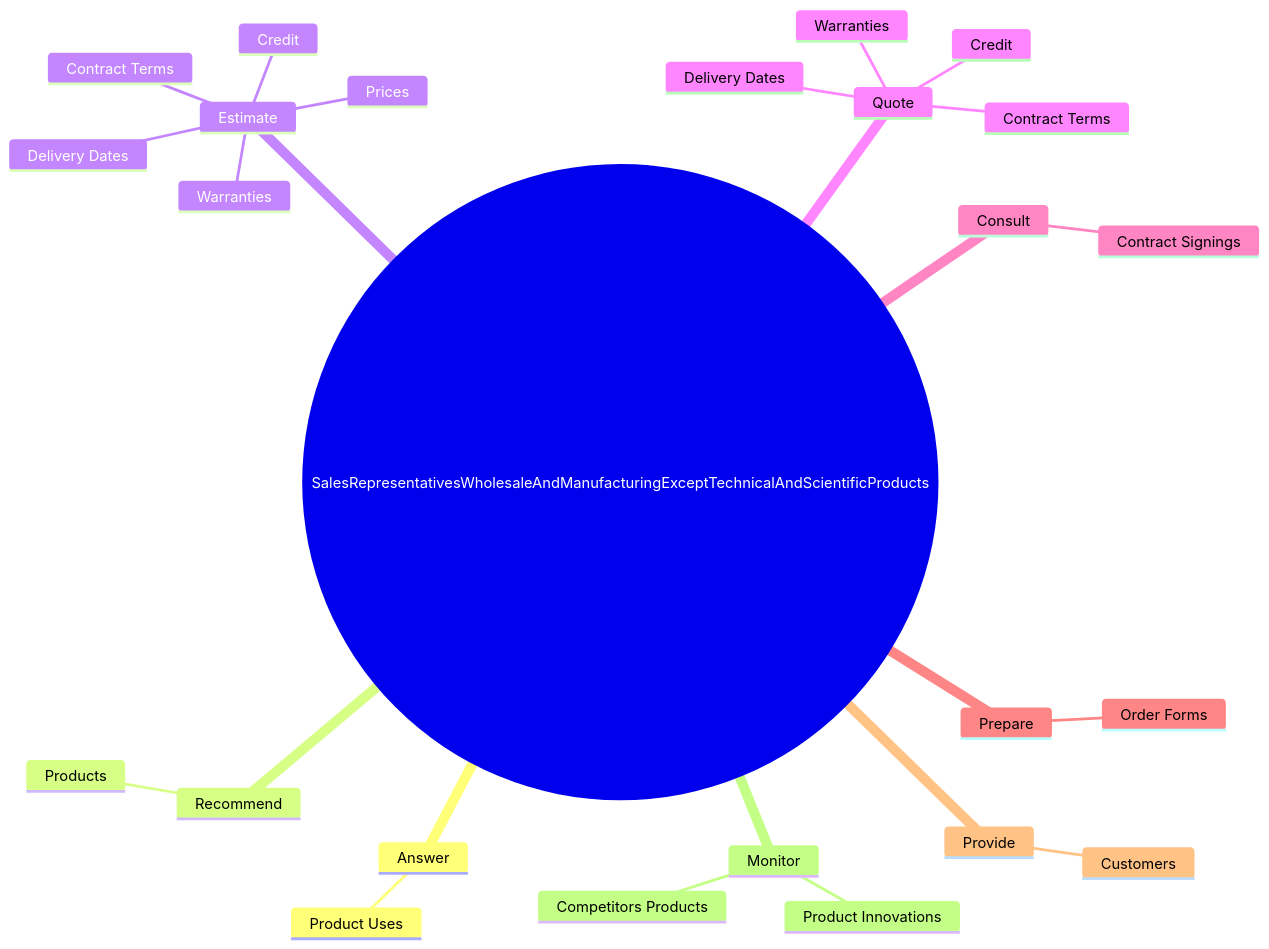
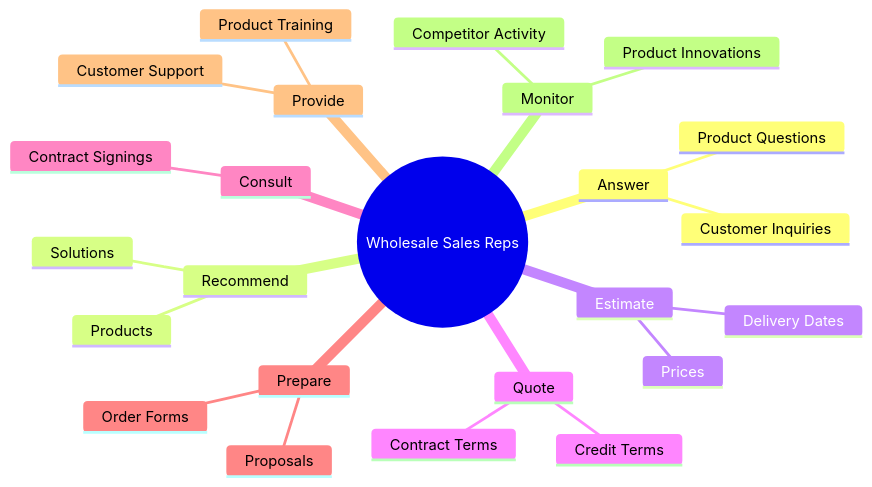
Before and after one commit to kziemski/business.org.ai: the second of 4 diagrams in occupations/Sales/SalesRepresentativesWholesaleAndManufacturingExceptTechnicalAndScientificProducts.mdx, drawn with Mermaid. The commit also changed other lines of this file and 938 other files, not shown here.

````diff
--- a/occupations/Sales/SalesRepresentativesWholesaleAndManufacturingExceptTechnicalAndScientificProducts.mdx
+++ b/occupations/Sales/SalesRepresentativesWholesaleAndManufacturingExceptTechnicalAndScientificProducts.mdx
@@ -37,28 +45,27 @@
 ```mermaid
 mindmap
-    root(("SalesRepresentativesWholesaleAndManufacturingExceptTechnicalAndScientificProducts"))
+    root(("Wholesale Sales Reps"))
         Answer
-            Product Uses
+            Product Questions
+            Customer Inquiries
         Recommend
             Products
+            Solutions
         Estimate
             Prices
-            Credit
-            Contract Terms
-            Warranties
             Delivery Dates
         Quote
-            Credit
+            Credit Terms
             Contract Terms
-            Warranties
-            Delivery Dates
         Consult
             Contract Signings
         Prepare
             Order Forms
+            Proposals
         Provide
-            Customers
+            Customer Support
+            Product Training
         Monitor
             Product Innovations
-            Competitors Products
+            Competitor Activity
 ```
````
